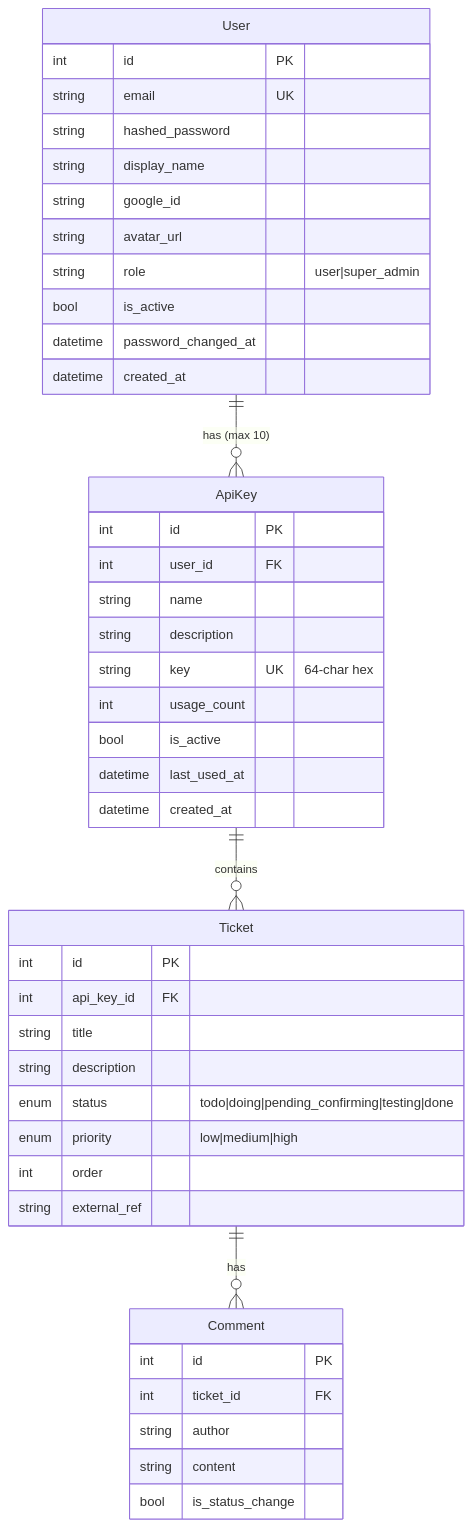
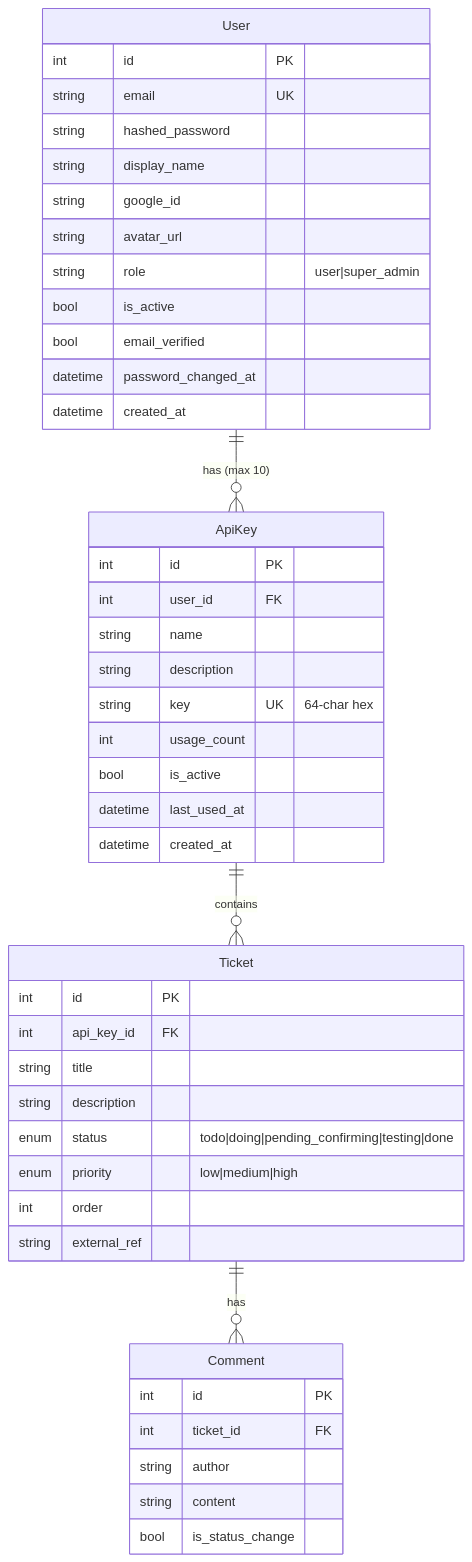
The second of 2 diagrams in README.md (osisdie/vibe-kanban), drawn with Mermaid before and after one commit. The commit also changed other lines of this file and 16 other files, not shown here.

````diff
--- a/README.md
+++ b/README.md
@@ -118,50 +119,51 @@
 ```mermaid
 erDiagram
     User ||--o{ ApiKey : "has (max 10)"
     ApiKey ||--o{ Ticket : contains
     Ticket ||--o{ Comment : has
 
     User {
         int id PK
         string email UK
         string hashed_password
         string display_name
         string google_id
         string avatar_url
         string role "user|super_admin"
         bool is_active
+        bool email_verified
         datetime password_changed_at
         datetime created_at
     }
 
     ApiKey {
         int id PK
         int user_id FK
         string name
         string description
         string key UK "64-char hex"
         int usage_count
         bool is_active
         datetime last_used_at
         datetime created_at
     }
 
     Ticket {
         int id PK
         int api_key_id FK
         string title
         string description
         enum status "todo|doing|pending_confirming|testing|done"
         enum priority "low|medium|high"
         int order
         string external_ref
     }
 
     Comment {
         int id PK
         int ticket_id FK
         string author
         string content
         bool is_status_change
     }
 ```
````
